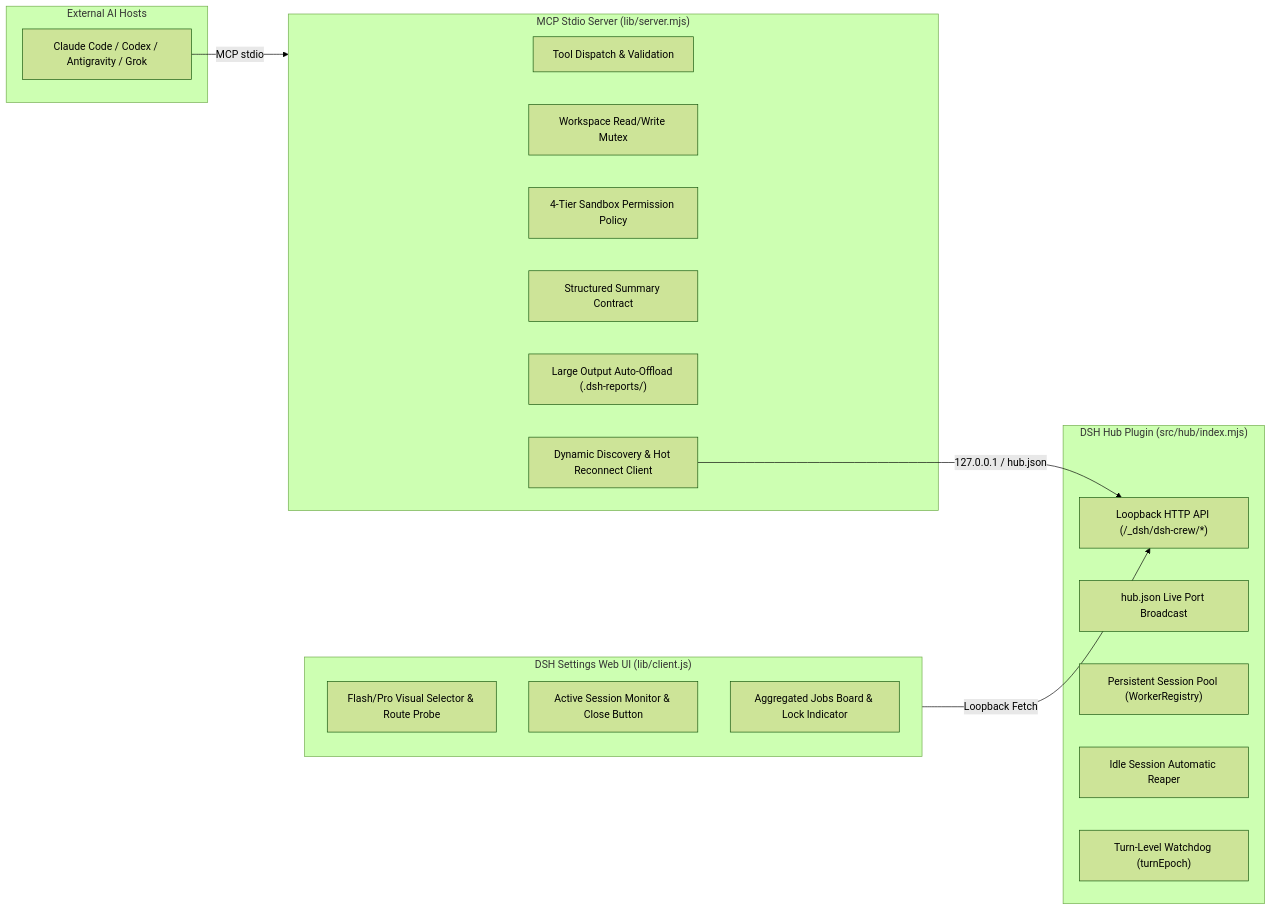
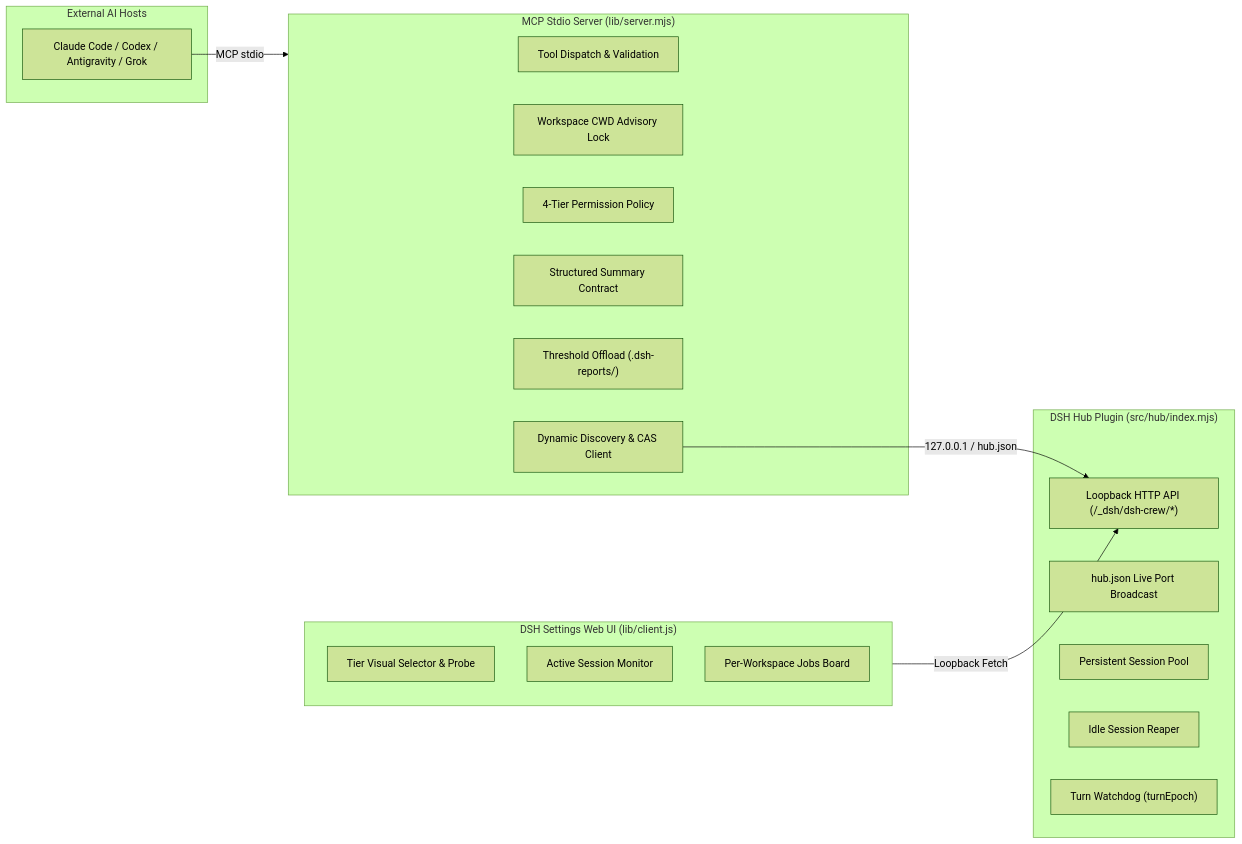
Before and after one commit to xiaobaijiadepugongyingpai-coder/dsh-crew-x: the diagram in README.md, drawn with Mermaid (forest theme). The commit also changed other lines of this file and 11 other files, not shown here.

````diff
--- a/README.md
+++ b/README.md
@@ -164,33 +195,33 @@
 ```mermaid
 flowchart LR
   subgraph Host["External AI Hosts"]
     Orch["Claude Code / Codex / Antigravity / Grok"]
   end
 
   subgraph MCP["MCP Stdio Server (lib/server.mjs)"]
     Router["Tool Dispatch & Validation"]
-    CwdLock["Workspace Read/Write Mutex"]
-    Policy["4-Tier Sandbox Permission Policy"]
+    CwdLock["Workspace CWD Advisory Lock"]
+    Policy["4-Tier Permission Policy"]
     Summary["Structured Summary Contract"]
-    Offload["Large Output Auto-Offload (.dsh-reports/)"]
-    HubCli["Dynamic Discovery & Hot Reconnect Client"]
+    Offload["Threshold Offload (.dsh-reports/)"]
+    HubCli["Dynamic Discovery & CAS Client"]
   end
 
   subgraph Hub["DSH Hub Plugin (src/hub/index.mjs)"]
     Http["Loopback HTTP API (/_dsh/dsh-crew/*)"]
     PortDisc["hub.json Live Port Broadcast"]
-    SessionPool["Persistent Session Pool (WorkerRegistry)"]
-    Reaper["Idle Session Automatic Reaper"]
-    Watchdog["Turn-Level Watchdog (turnEpoch)"]
+    SessionPool["Persistent Session Pool"]
+    Reaper["Idle Session Reaper"]
+    Watchdog["Turn Watchdog (turnEpoch)"]
   end
 
   subgraph UI["DSH Settings Web UI (lib/client.js)"]
-    ModelUI["Flash/Pro Visual Selector & Route Probe"]
-    SessionUI["Active Session Monitor & Close Button"]
-    JobsUI["Aggregated Jobs Board & Lock Indicator"]
+    ModelUI["Tier Visual Selector & Probe"]
+    SessionUI["Active Session Monitor"]
+    JobsUI["Per-Workspace Jobs Board"]
   end
 
   Orch -->|"MCP stdio"| MCP
   HubCli -->|"127.0.0.1 / hub.json"| Http
   UI -->|"Loopback Fetch"| Http
 ```
````
